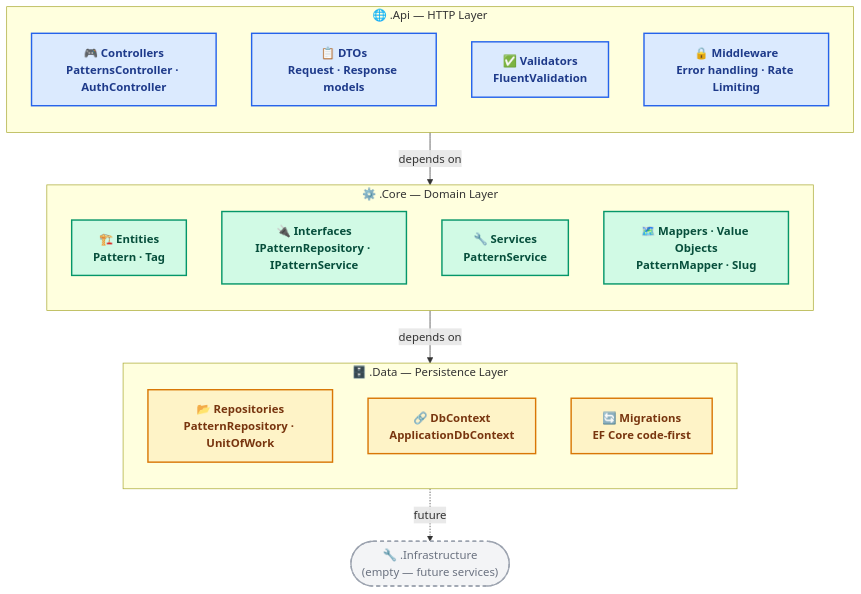
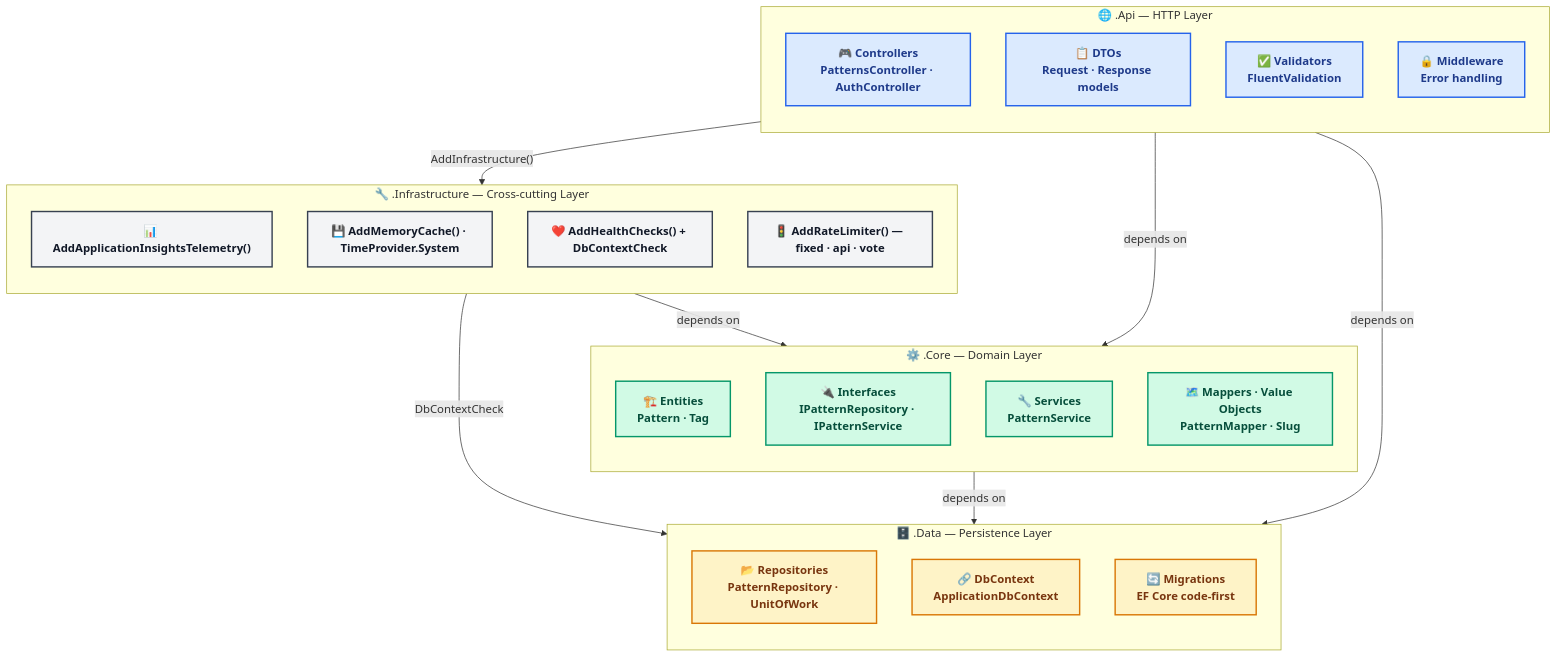
The first of 4 diagrams in documentation/architecture/BACKEND_ARCHITECTURE.md (sandropetterle/AIEnterprisePatterns), drawn with Mermaid before and after one commit. The commit also changed other lines of this file and 45 other files, not shown here.

````diff
--- a/documentation/architecture/BACKEND_ARCHITECTURE.md
+++ b/documentation/architecture/BACKEND_ARCHITECTURE.md
@@ -22,47 +22,56 @@
 ```mermaid
 flowchart TD
     %% ── Api Layer ────────────────────────────────────────────────────────────
     subgraph API["🌐  .Api — HTTP Layer"]
         direction TB
         A1["🎮 Controllers<br/>PatternsController · AuthController"]
         A2["📋 DTOs<br/>Request · Response models"]
         A3["✅ Validators<br/>FluentValidation"]
-        A4["🔒 Middleware<br/>Error handling · Rate Limiting"]
+        A4["🔒 Middleware<br/>Error handling"]
+    end
+
+    %% ── Infrastructure Layer ─────────────────────────────────────────────────
+    subgraph Infra["🔧  .Infrastructure — Cross-cutting Layer"]
+        direction TB
+        I1["📊 AddApplicationInsightsTelemetry()"]
+        I2["💾 AddMemoryCache() · TimeProvider.System"]
+        I3["❤️ AddHealthChecks() + DbContextCheck"]
+        I4["🚦 AddRateLimiter() — fixed · api · vote"]
     end
 
     %% ── Core Layer ───────────────────────────────────────────────────────────
     subgraph Core["⚙️  .Core — Domain Layer"]
         direction TB
         C1["🏗️ Entities<br/>Pattern · Tag"]
         C2["🔌 Interfaces<br/>IPatternRepository · IPatternService"]
         C3["🔧 Services<br/>PatternService"]
         C4["🗺️ Mappers · Value Objects<br/>PatternMapper · Slug"]
     end
 
     %% ── Data Layer ───────────────────────────────────────────────────────────
     subgraph Data["🗄️  .Data — Persistence Layer"]
         direction TB
         D1["📂 Repositories<br/>PatternRepository · UnitOfWork"]
         D2["🔗 DbContext<br/>ApplicationDbContext"]
         D3["🔄 Migrations<br/>EF Core code-first"]
     end
 
-    %% ── Infrastructure (placeholder) ─────────────────────────────────────────
-    Infra(["🔧 .Infrastructure<br/>(empty — future services)"])
-
-    %% ── Dependency Direction — outer layers depend on inner, never reversed ──
+    %% ── Dependency Direction ─────────────────────────────────────────────────
+    API -->|"AddInfrastructure()"| Infra
     API -->|"depends on"| Core
+    API -->|"depends on"| Data
+    Infra -->|"DbContextCheck"| Data
+    Infra -->|"depends on"| Core
     Core -->|"depends on"| Data
-    Data -.->|"future"| Infra
 
     %% ── Styles ───────────────────────────────────────────────────────────────
     classDef api   fill:#DBEAFE,stroke:#2563EB,stroke-width:2px,color:#1E3A8A,font-weight:bold
+    classDef infra fill:#F3F4F6,stroke:#374151,stroke-width:2px,color:#111827,font-weight:bold
     classDef core  fill:#D1FAE5,stroke:#059669,stroke-width:2px,color:#064E3B,font-weight:bold
     classDef data  fill:#FEF3C7,stroke:#D97706,stroke-width:2px,color:#78350F,font-weight:bold
-    classDef infra fill:#F3F4F6,stroke:#9CA3AF,stroke-width:2px,color:#6B7280,stroke-dasharray:5 5
 
     class A1,A2,A3,A4 api
+    class I1,I2,I3,I4 infra
     class C1,C2,C3,C4 core
     class D1,D2,D3 data
-    class Infra infra
 ```
````
